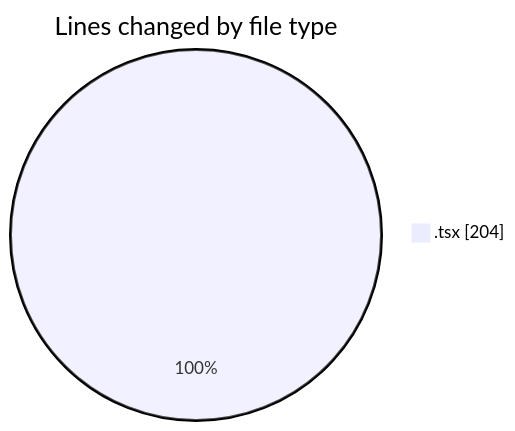
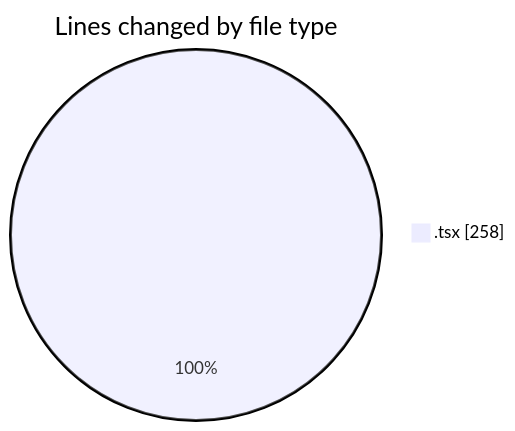
One commit to momahboobian/code-tracking changed the first of 2 diagrams in 2025-01-20/activity-tracker/README.md. Above: the diagram before and after it, drawn with Mermaid. The commit also changed other lines of this file and 1 other file, not shown here.

````diff
--- a/2025-01-20/activity-tracker/README.md
+++ b/2025-01-20/activity-tracker/README.md
@@ -21,5 +23,5 @@
 ```mermaid
 pie showData
 title Lines changed by file type
-".tsx" : 204
+".tsx" : 258
 ```
````
